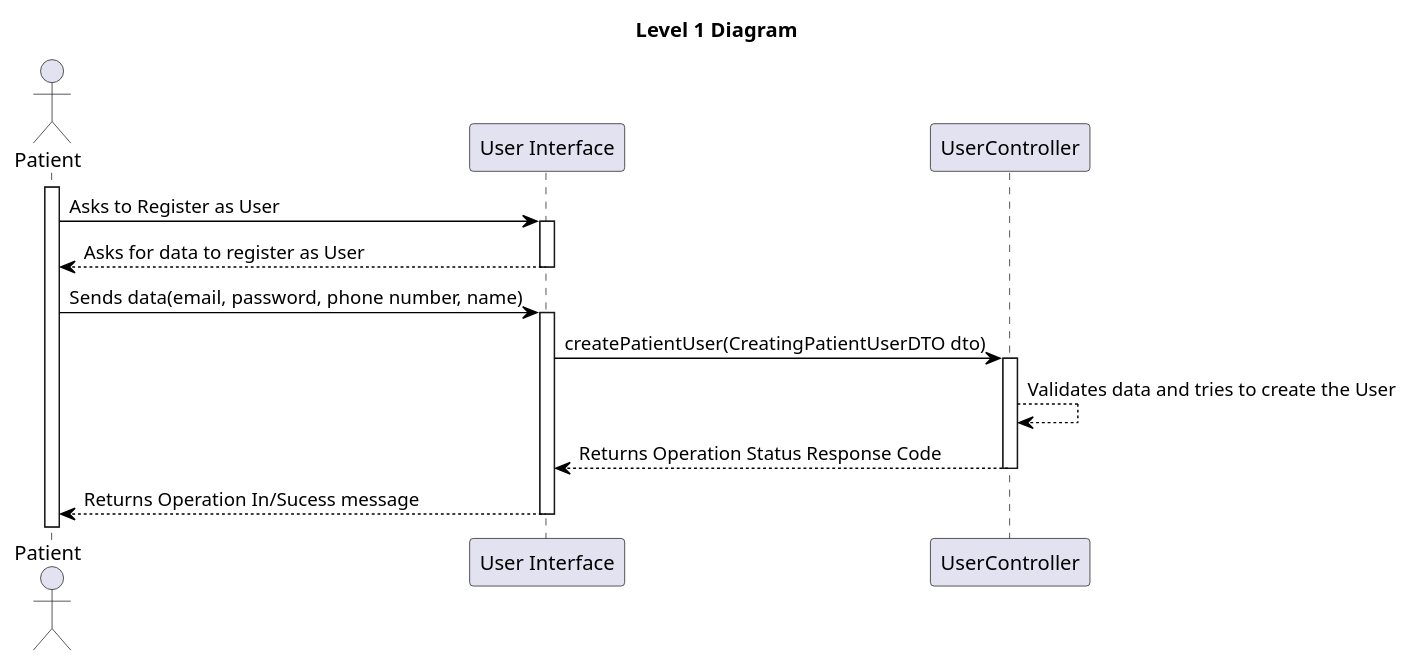
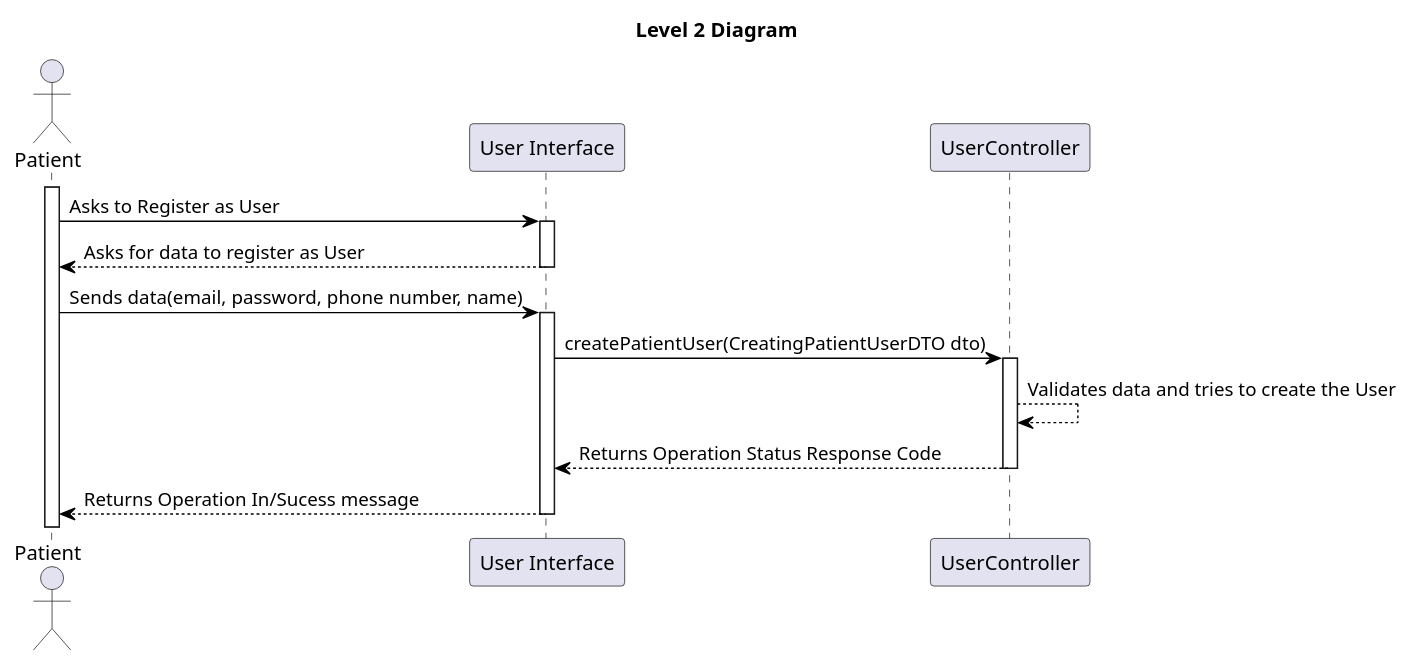
One commit to vscosousa/LAPR5_3DC_G15 changed the diagram in docs/sprint_A/us_5.1.3/level_2/puml/level_2.puml. Above: the diagram before and after it, drawn with PlantUML. The commit also changed 8 other files, not shown here.

```diff
--- a/docs/sprint_A/us_5.1.3/level_2/puml/level_2.puml
+++ b/docs/sprint_A/us_5.1.3/level_2/puml/level_2.puml
@@ -1,39 +1,39 @@
-@startuml level_1
+@startuml level_2
 
-title Level 1 Diagram
+title Level 2 Diagram
 
 hide empty members
 'skinparam Linetype ortho
 
 skinparam class {
     BackgroundColor<<valueObject>> #D6EAF8
     BackgroundColor<<root>> #FDEBD0
     BackgroundColor<<service>> #D1F2EB
     BackgroundColor #FEF9E7
     ArrowColor Black
 }
 
 skinparam package {
     BackgroundColor #EBF5FB
 }
 
 actor Patient as P
 participant "User Interface" as UI
 participant "UserController" as C
 
 activate P
 P -> UI: Asks to Register as User
 activate UI
 UI --> P: Asks for data to register as User
 deactivate UI
 P -> UI: Sends data(email, password, phone number, name)
 activate UI
 UI -> C: createPatientUser(CreatingPatientUserDTO dto)
 activate C
 C --> C: Validates data and tries to create the User
 C --> UI: Returns Operation Status Response Code
 deactivate C
 UI --> P: Returns Operation In/Sucess message
 deactivate UI
 
 @enduml
```
